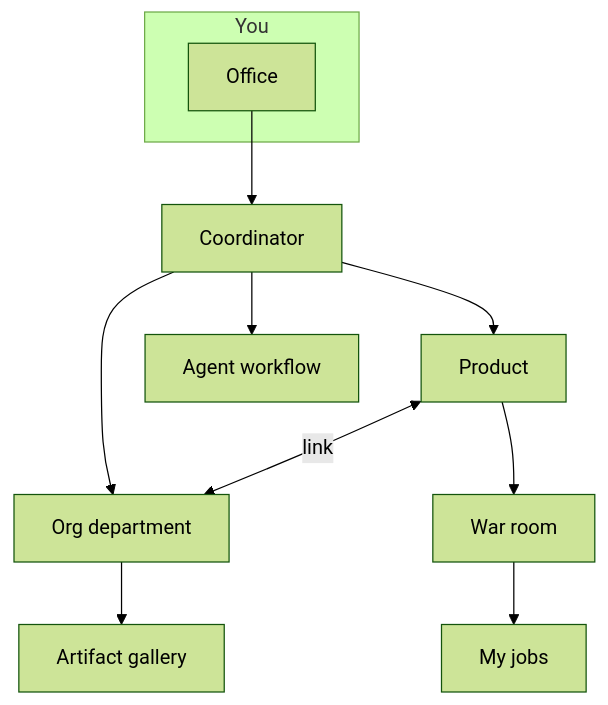
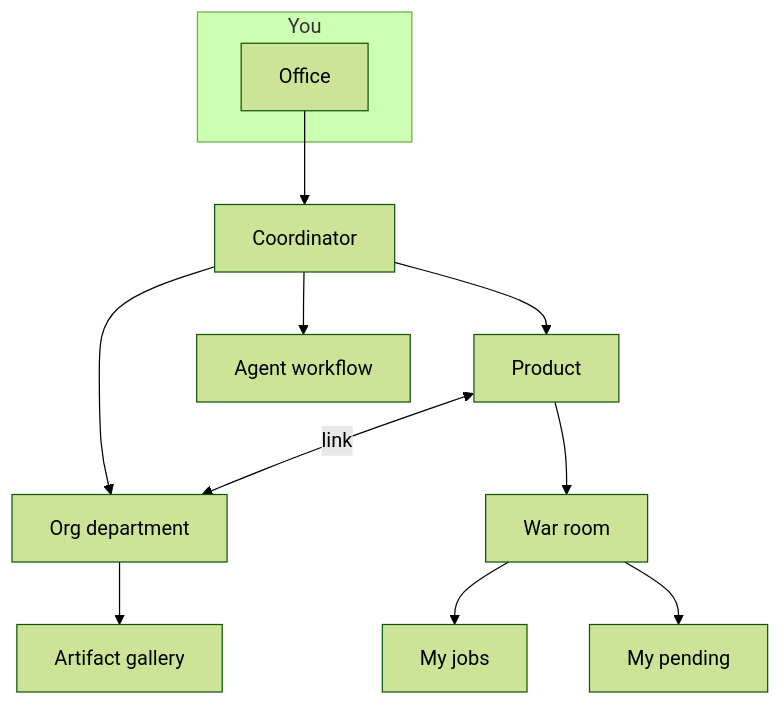
The second of 2 diagrams in frontend/src/content/help/tutorial.en.md (kreodevs/ia-company), drawn with Mermaid (forest theme) before and after one commit. The commit also changed other lines of this file and 26 other files, not shown here.

````diff
--- a/frontend/src/content/help/tutorial.en.md
+++ b/frontend/src/content/help/tutorial.en.md
@@ -87,14 +102,15 @@
 ```mermaid
 flowchart TB
   subgraph you [You]
     O[Office]
   end
   O --> C[Coordinator]
   C --> P[Product]
   C --> D[Org department]
   C --> F[Agent workflow]
   P <-->|link| D
   P --> W[War room]
   W --> E[My jobs]
+  W --> I[My pending]
   D --> G[Artifact gallery]
 ```
````
